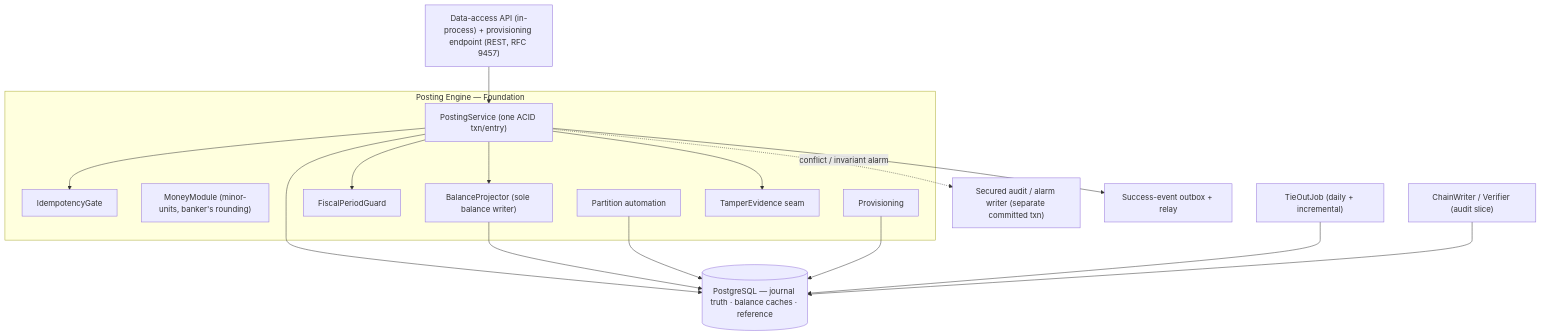
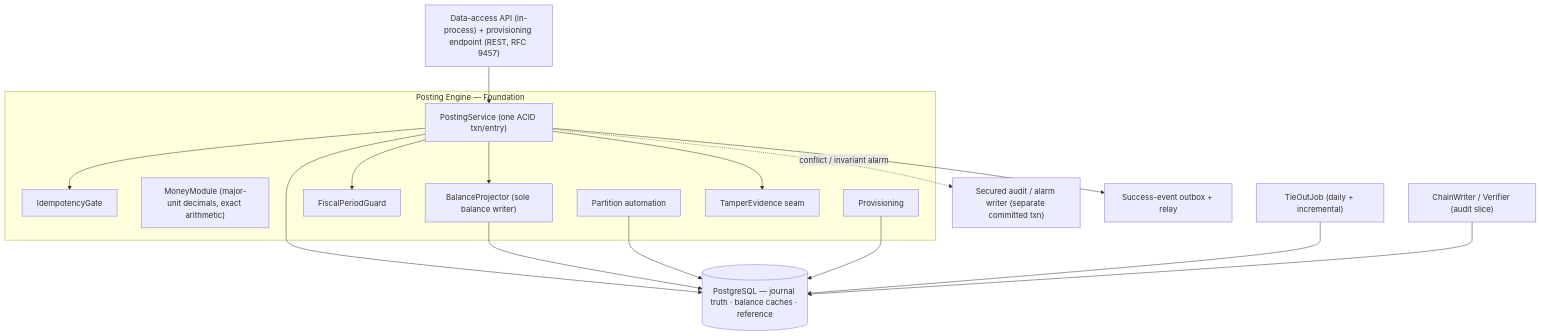
The second of 3 diagrams in gears/bss/ledger/docs/design/01-repository-foundation.md (diffora/gears-rust), drawn with Mermaid before and after one commit. The commit also changed other lines of this file and 402 other files, not shown here.

````diff
--- a/gears/bss/ledger/docs/design/01-repository-foundation.md
+++ b/gears/bss/ledger/docs/design/01-repository-foundation.md
@@ -223,35 +223,35 @@
 ```mermaid
 flowchart TB
     APIIN["Data-access API (in-process) + provisioning endpoint (REST, RFC 9457)"]
 
     subgraph engine[Posting Engine — Foundation]
         PS["PostingService (one ACID txn/entry)"]
         IDEM["IdempotencyGate"]
-        MONEY["MoneyModule (minor-units, banker's rounding)"]
+        MONEY["MoneyModule (major-unit decimals, exact arithmetic)"]
         PROJ["BalanceProjector (sole balance writer)"]
         PG["FiscalPeriodGuard"]
         PART["Partition automation"]
         PROV["Provisioning"]
         TAMP["TamperEvidence seam"]
     end
 
     TIE["TieOutJob (daily + incremental)"]
     AUDIT["Secured audit / alarm writer (separate committed txn)"]
     OBX["Success-event outbox + relay"]
     CHAIN["ChainWriter / Verifier (audit slice)"]
     DB[("PostgreSQL — journal truth · balance caches · reference")]
 
     APIIN --> PS
     PS --> IDEM
     PS --> PG
     PS --> PROJ
     PS --> TAMP
     PS --> DB
     PROJ --> DB
     PS --> OBX
     PS -. conflict / invariant alarm .-> AUDIT
     PART --> DB
     PROV --> DB
     TIE --> DB
     CHAIN --> DB
 ```
````
